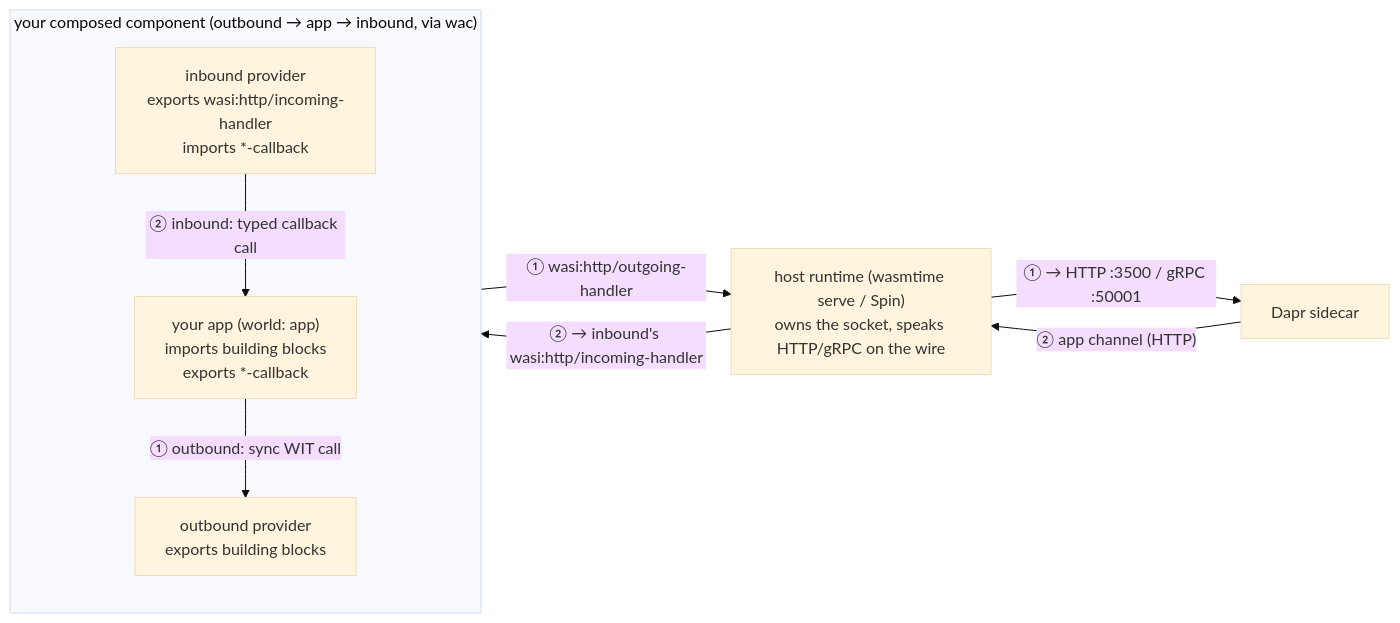
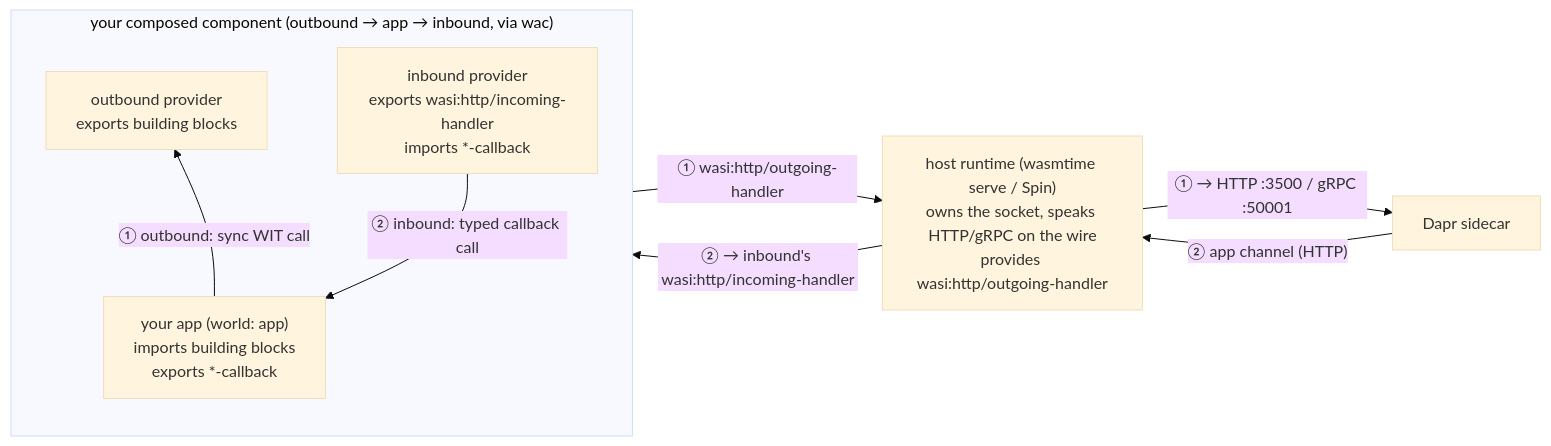
Before and after one commit to sideeffffect/dapr-wasm-components: the diagram in README.md, drawn with Mermaid (base theme).

Commit message:
README: put "your app" on the right edge of the two-directions diagram
The composed-component box ordered the nodes outbound → app → inbound, which
left the app in the middle and the outbound provider on the far right. Make the
inbound flow the left-to-right rank spine (sidecar → host → inbound → app) and
add invisible rank hints so both providers tuck between host and app. The app
is now the rightmost node; outbound (①) arrows point left, inbound (②) right.

Also label the host as the provider of wasi:http/outgoing-handler, so the
diagram shows the split: outgoing-handler is the host's (outside the box,
imported by the outbound provider), incoming-handler is exported by the inbound
provider (inside the box).

````diff
--- a/README.md
+++ b/README.md
@@ -58,19 +58,23 @@
 ```mermaid
 flowchart LR
     sidecar["Dapr sidecar"]
-    host["host runtime (wasmtime serve / Spin)<br/>owns the socket, speaks HTTP/gRPC on the wire"]
+    host["host runtime (wasmtime serve / Spin)<br/>owns the socket, speaks HTTP/gRPC on the wire<br/>provides wasi:http/outgoing-handler"]
 
     subgraph composed["your composed component (outbound → app → inbound, via wac)"]
         direction TB
         outbound["outbound provider<br/>exports building blocks"]
+        inbound["inbound provider<br/>exports wasi:http/incoming-handler<br/>imports *-callback"]
         app["your app (world: app)<br/>imports building blocks<br/>exports *-callback"]
-        inbound["inbound provider<br/>exports wasi:http/incoming-handler<br/>imports *-callback"]
-        app -- "① outbound: sync WIT call" --> outbound
-        inbound -- "② inbound: typed callback call" --> app
     end
 
+    %% invisible rank hints keep the order sidecar → host → providers → app
+    host ~~~ outbound
+    outbound ~~~ app
+
+    app -- "① outbound: sync WIT call" --> outbound
     outbound -- "① wasi:http/outgoing-handler" --> host
     host -- "① → HTTP :3500 / gRPC :50001" --> sidecar
     sidecar -- "② app channel (HTTP)" --> host
     host -- "② → inbound's wasi:http/incoming-handler" --> inbound
+    inbound -- "② inbound: typed callback call" --> app
 ```
````
